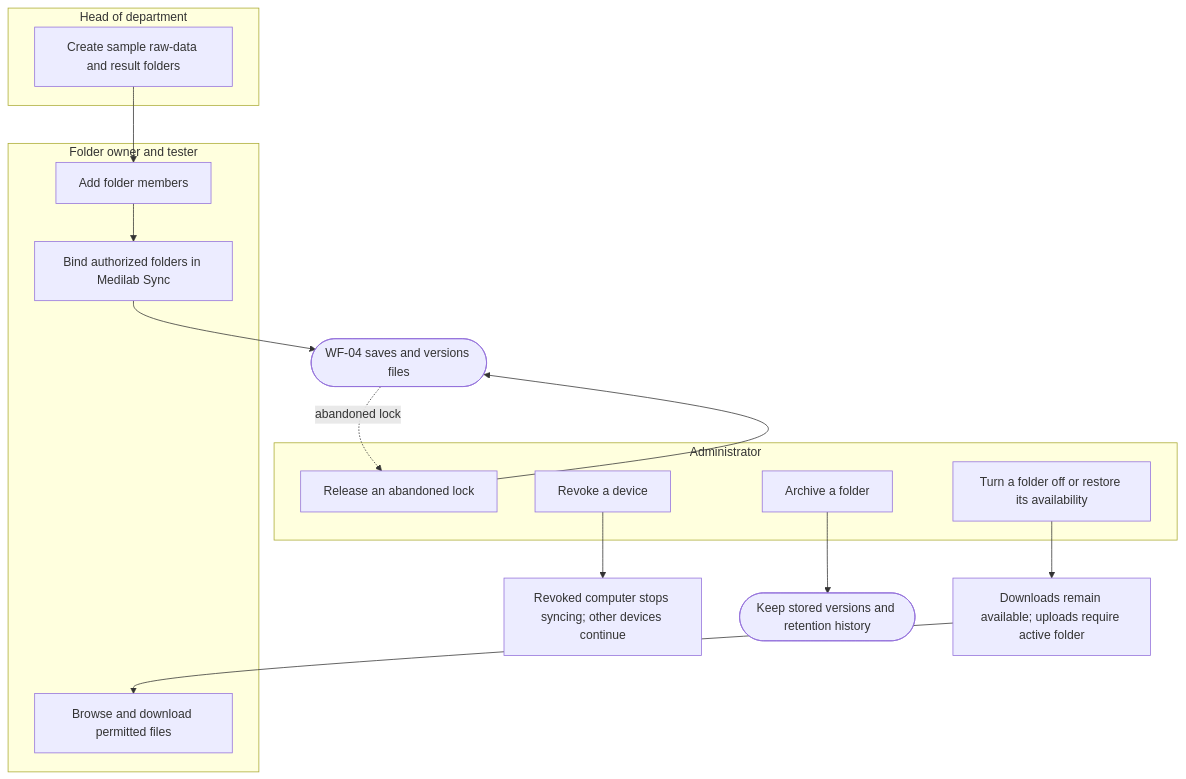
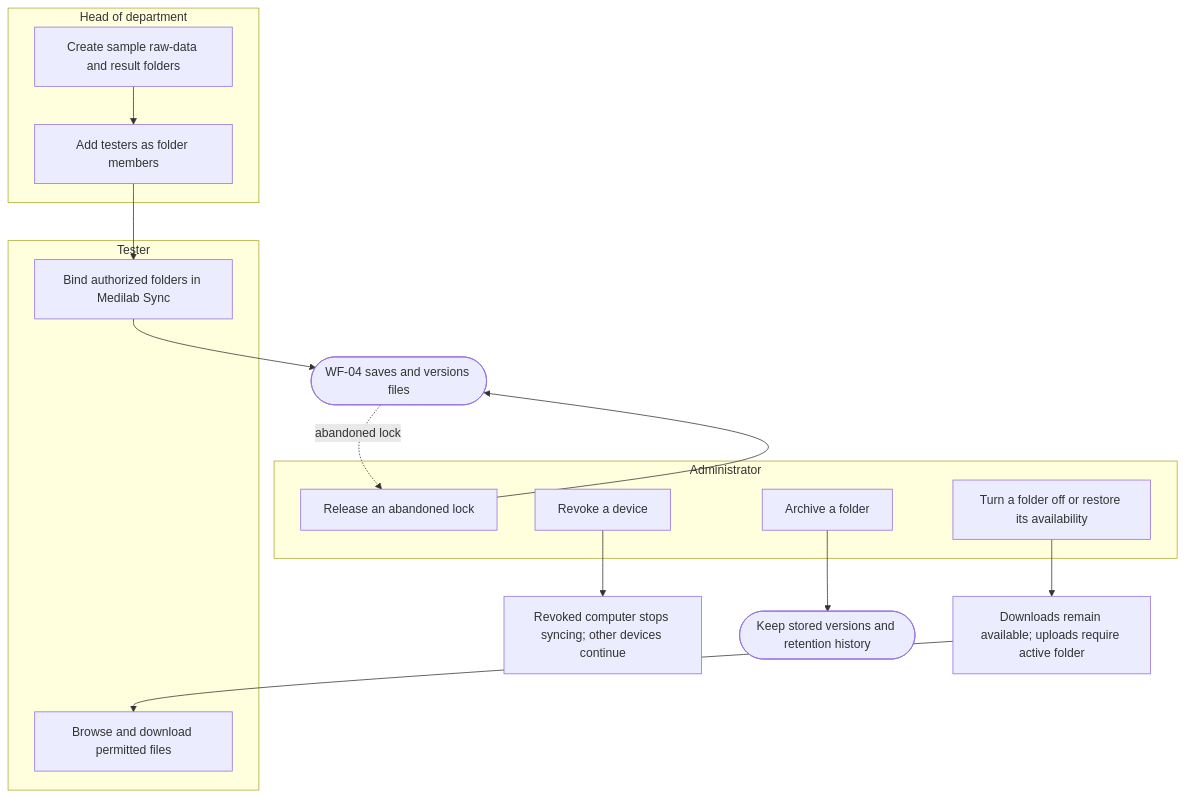
One commit to SoltuneMontepre/medilab changed diagram 17 of 17 in docs/functional/business-flows.md. Above: the diagram before and after it, drawn with Mermaid. The commit also changed other lines of this file and 122 other files, not shown here.

First line of the commit message:
[docs] Align the requirements with the final activity diagrams and BM04 v1.1 (#551)

````diff
--- a/docs/functional/business-flows.md
+++ b/docs/functional/business-flows.md
@@ -744,23 +792,23 @@
 ```mermaid
 flowchart TD
     subgraph lane70 ["Head of department"]
-        h1[Create sample raw-data and result folders]
+        h1[Create sample raw-data and result folders] --> h2[Add testers as folder members]
     end
-    subgraph lane71 ["Folder owner and tester"]
-        t1[Add folder members] --> t2[Bind authorized folders in Medilab Sync]
+    subgraph lane71 ["Tester"]
+        t2[Bind authorized folders in Medilab Sync]
         t3[Browse and download permitted files]
     end
     subgraph lane72 ["Administrator"]
         a1[Release an abandoned lock]
         a2[Revoke a device]
         a3[Turn a folder off or restore its availability]
         a4[Archive a folder]
     end
-    h1 --> t1
+    h2 --> t2
     t2 --> work([WF-04 saves and versions files])
     work -.->|abandoned lock| a1 --> work
     a2 --> revoked[Revoked computer stops syncing; other devices continue]
     a3 --> downloads[Downloads remain available; uploads require active folder]
     downloads --> t3
     a4 --> retained([Keep stored versions and retention history])
 ```
````
